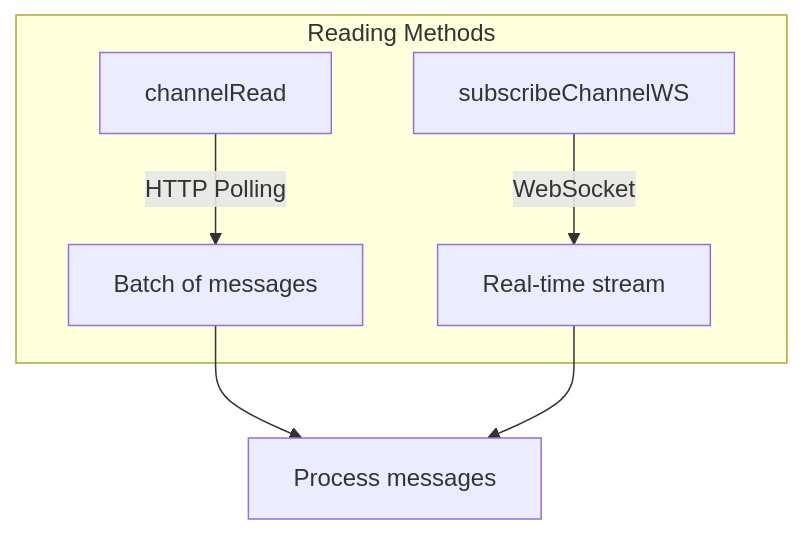
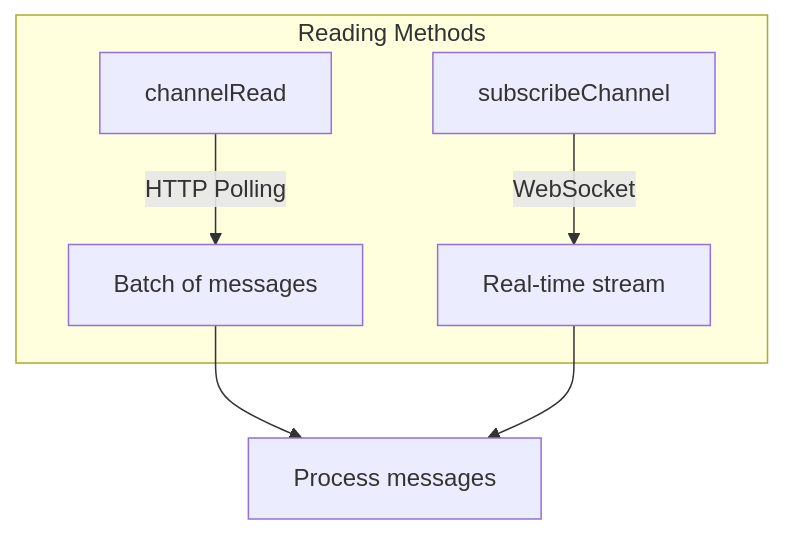
Before and after one commit to colonyos/colonies-ts: the fifth of 6 diagrams in docs/channels.md, drawn with Mermaid. The commit also changed other lines of this file and 14 other files, not shown here.

````diff
--- a/docs/channels.md
+++ b/docs/channels.md
@@ -193,10 +193,10 @@
 ```mermaid
 flowchart TB
     subgraph "Reading Methods"
         A[channelRead] -->|HTTP Polling| B[Batch of messages]
-        C[subscribeChannelWS] -->|WebSocket| D[Real-time stream]
+        C[subscribeChannel] -->|WebSocket| D[Real-time stream]
     end
 
     B --> E[Process messages]
     D --> E
 ```
````
